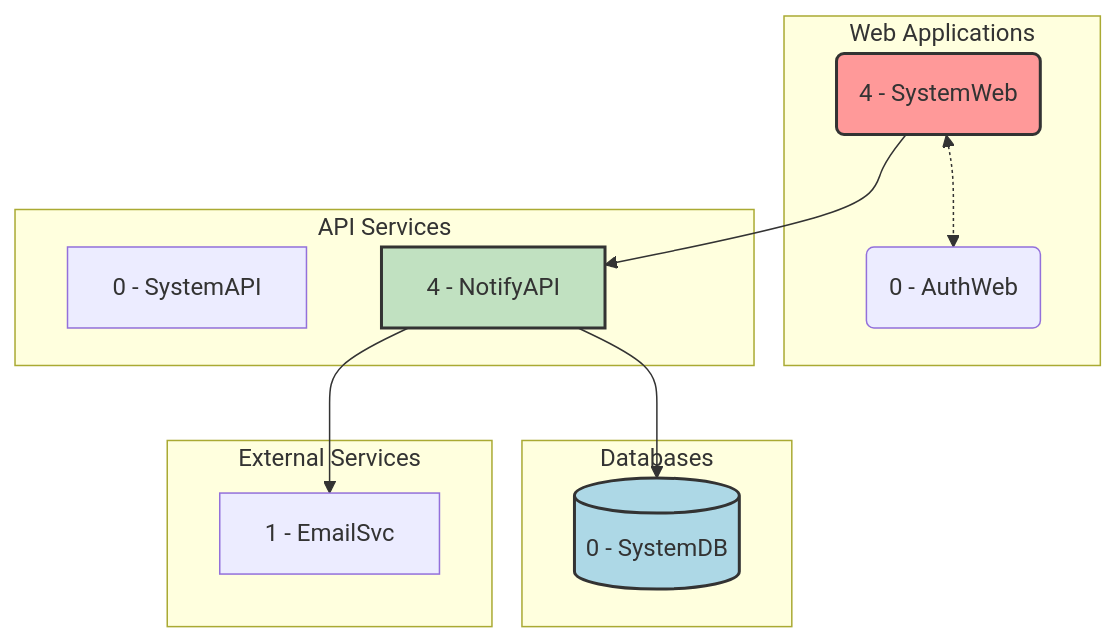
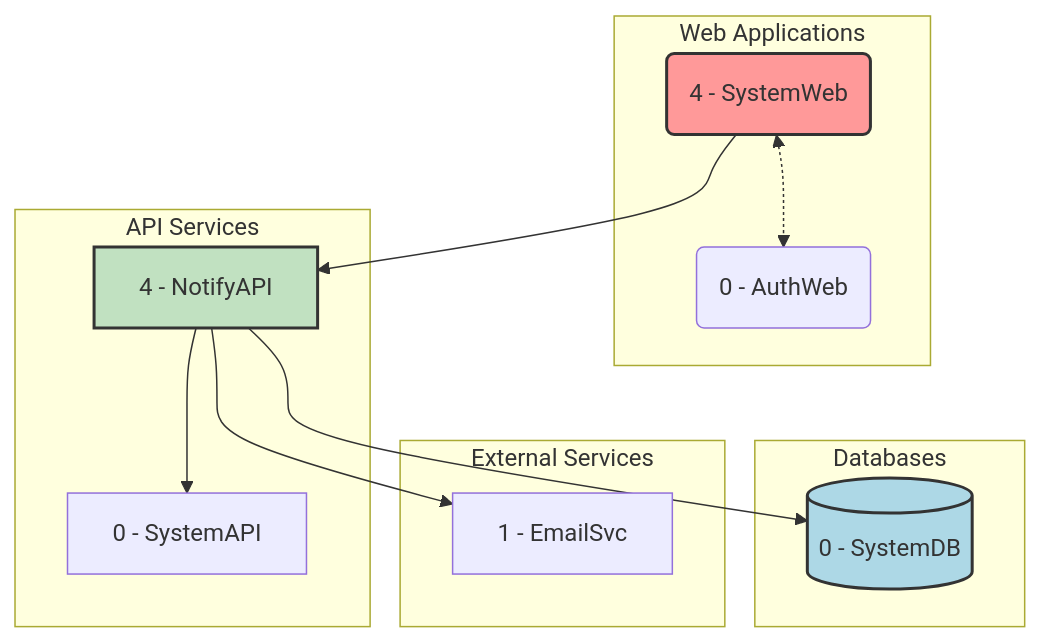
Before and after one commit to AstroBookings/.github: the first of 2 diagrams in profile/1-analysis/5_4-astrobookings-notification-system-domain.md, drawn with Mermaid.

Commit message:
fix: notify API

````diff
--- a/profile/1-analysis/5_4-astrobookings-notification-system-domain.md
+++ b/profile/1-analysis/5_4-astrobookings-notification-system-domain.md
@@ -59,41 +59,44 @@
 ```mermaid
 graph TD
     subgraph Web Applications
         AuthWeb(0 - AuthWeb)
         SystemWeb(4 - SystemWeb)
     end
 
     subgraph API Services
         SystemAPI[0 - SystemAPI]
         NotifyAPI[4 - NotifyAPI]
     end
 
     subgraph Databases
         SystemDB[(0 - SystemDB)]
     end
 
     subgraph External Services
         EmailSvc[1 - EmailSvc]
     end
 
     %% Web to Web connections
     SystemWeb <-.-> AuthWeb
 
     %% Web to API connections
     SystemWeb --> NotifyAPI
 
+    %% API to API connections
+    NotifyAPI --> SystemAPI
+
     %% API to Database connections
     NotifyAPI --> SystemDB
 
     %% API to External Service connections
     NotifyAPI --> EmailSvc
 
     %% Style
     classDef web fill:#FF9999,stroke:#333,stroke-width:2px;
     classDef api fill:#C1E1C1,stroke:#333,stroke-width:2px;
     classDef db fill:#ADD8E6,stroke:#333,stroke-width:2px;
     classDef ext fill:#E6E6FA,stroke:#333,stroke-width:2px;
     class SystemWeb web;
     class NotifyAPI api;
     class SystemDB db;
 ```
````
